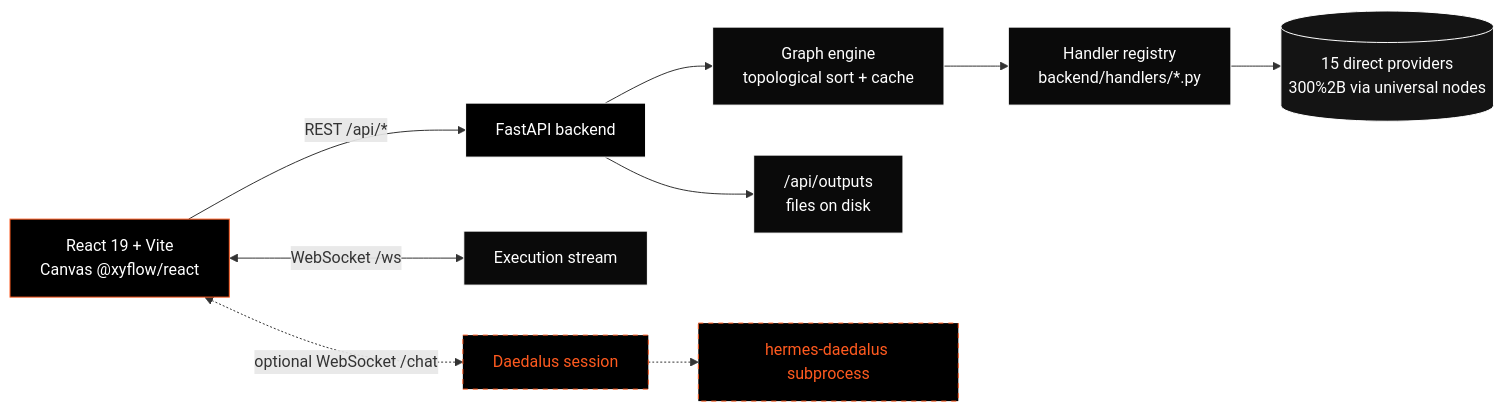
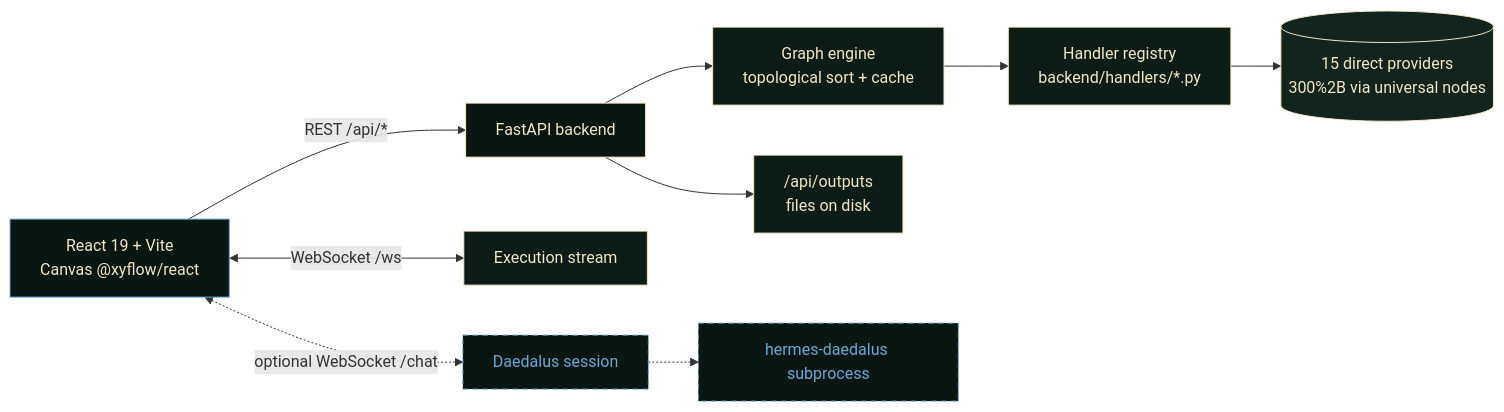
One commit to JustinPerea/nebula-nodes changed the diagram in README.md. Above: the diagram before and after it, drawn with Mermaid. The commit also changed other lines of this file and 8 other files, not shown here.

````diff
--- a/README.md
+++ b/README.md
@@ -287,21 +291,21 @@
 ```mermaid
 graph LR
     UI[React 19 + Vite<br/>Canvas @xyflow/react] -->|REST /api/*| API[FastAPI backend]
     UI <-->|WebSocket /ws| WS[Execution stream]
     API --> ENGINE[Graph engine<br/>topological sort + cache]
     ENGINE --> HANDLERS[Handler registry<br/>backend/handlers/*.py]
     HANDLERS --> PROVIDERS[(15 direct providers<br/>300%2B via universal nodes)]
     API --> OUT["/api/outputs<br/>files on disk"]
     UI <-.->|optional WebSocket /chat| CHAT[Daedalus session]
     CHAT -.-> HERMES[hermes-daedalus subprocess]
 
-    style UI fill:#000000,color:#ffffff,stroke:#ff5a1f
-    style API fill:#000000,color:#ffffff,stroke:#ffffff
-    style ENGINE fill:#0a0a0a,color:#ffffff,stroke:#ffffff
-    style HANDLERS fill:#0a0a0a,color:#ffffff,stroke:#ffffff
-    style PROVIDERS fill:#141414,color:#ffffff,stroke:#ffffff
-    style OUT fill:#0a0a0a,color:#ffffff,stroke:#ffffff
-    style WS fill:#0a0a0a,color:#ffffff,stroke:#ffffff
-    style CHAT fill:#000000,color:#ff5a1f,stroke:#ff5a1f,stroke-dasharray: 5 5
-    style HERMES fill:#000000,color:#ff5a1f,stroke:#ff5a1f,stroke-dasharray: 5 5
+    style UI fill:#0a1612,color:#f3e6c4,stroke:#6ba8d6
+    style API fill:#0a1612,color:#f3e6c4,stroke:#f3e6c4
+    style ENGINE fill:#0e1c18,color:#f3e6c4,stroke:#f3e6c4
+    style HANDLERS fill:#0e1c18,color:#f3e6c4,stroke:#f3e6c4
+    style PROVIDERS fill:#13231e,color:#f3e6c4,stroke:#f3e6c4
+    style OUT fill:#0e1c18,color:#f3e6c4,stroke:#f3e6c4
+    style WS fill:#0e1c18,color:#f3e6c4,stroke:#f3e6c4
+    style CHAT fill:#0a1612,color:#6ba8d6,stroke:#6ba8d6,stroke-dasharray: 5 5
+    style HERMES fill:#0a1612,color:#6ba8d6,stroke:#6ba8d6,stroke-dasharray: 5 5
 ```
````
